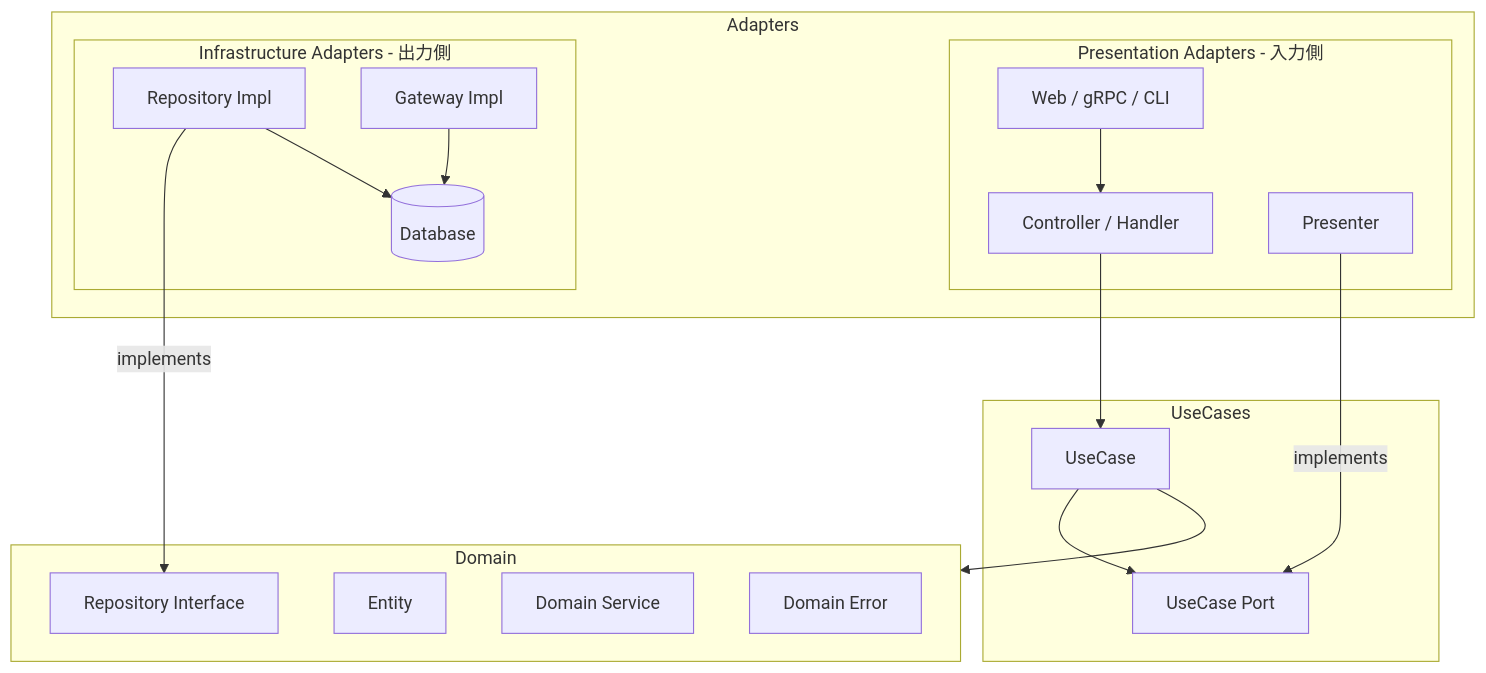
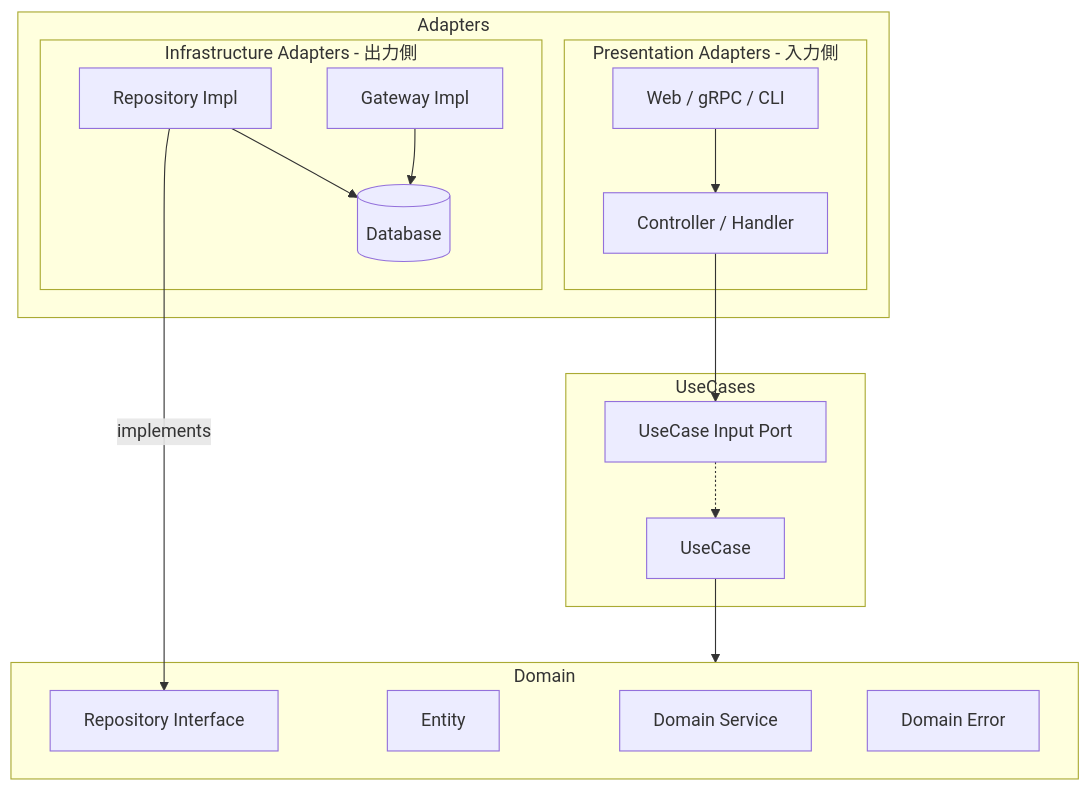
The diagram in software/clean_arch_ja.md (sokoide/workshop), drawn with Mermaid before and after one commit. The commit also changed other lines of this file and 32 other files, not shown here.

````diff
--- a/software/clean_arch_ja.md
+++ b/software/clean_arch_ja.md
@@ -18,41 +18,37 @@
 ```mermaid
 graph TD
     subgraph AdaptersLayer [Adapters]
         subgraph PresentationAdapters [Presentation Adapters - 入力側]
             Web[Web / gRPC / CLI]
             Controller[Controller / Handler]
-            Presenter[Presenter]
         end
         subgraph InfraAdapters [Infrastructure Adapters - 出力側]
             RI_Impl[Repository Impl]
             GW_Impl[Gateway Impl]
             DB[(Database)]
         end
     end
 
     subgraph UseCaseLayer [UseCases]
         UC[UseCase]
-        UC_Port[UseCase Port]
+        UC_Port[UseCase Input Port]
     end
 
     subgraph DomainLayer [Domain]
         DS[Domain Service]
         E[Entity]
         RI[Repository Interface]
         DE[Domain Error]
     end
 
     %% 入力側の依存
     Web --> Controller
-    Controller --> UC
+    Controller --> UC_Port
+    UC_Port -.-> UC
     UC --> DomainLayer
 
     %% 出力側の依存
     RI_Impl -- "implements" --> RI
     RI_Impl --> DB
     GW_Impl --> DB
-
-    %% UseCase ポート
-    UC --> UC_Port
-    Presenter -- "implements" --> UC_Port
 ```
````
